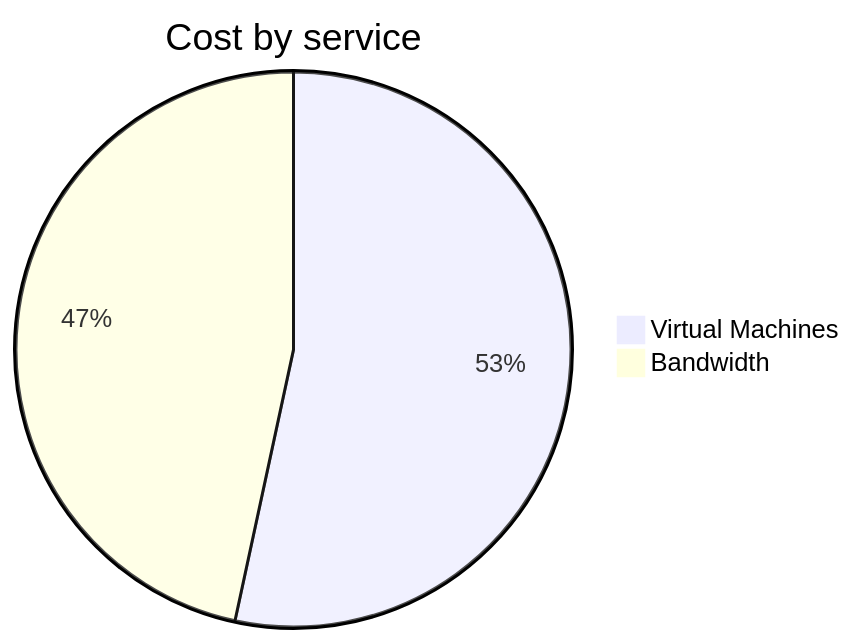
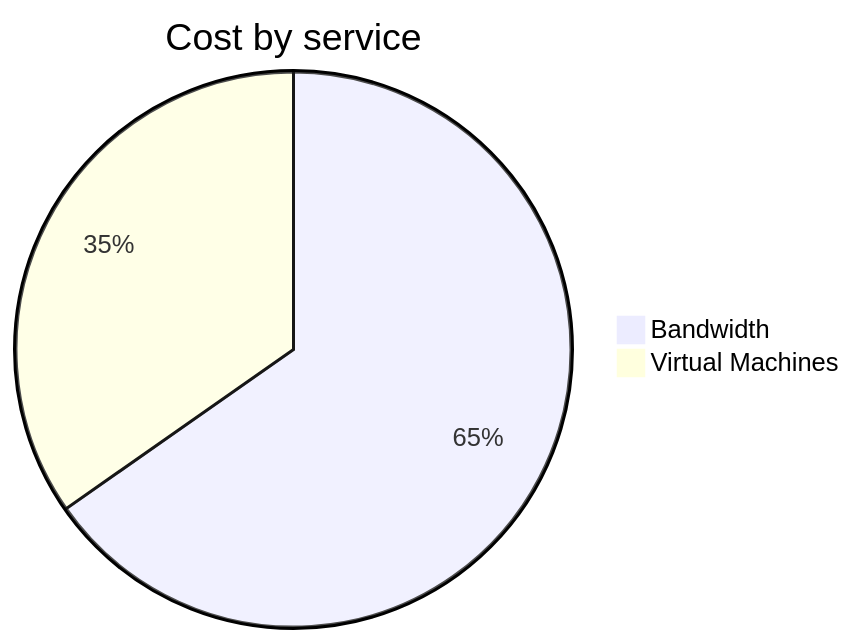
The second of 4 diagrams in cost-reports/personal-network/vpn-server.md (jpfulton/azure-personal-reports), drawn with Mermaid before and after one commit. The commit also changed other lines of this file and 8 other files, not shown here.

````diff
--- a/cost-reports/personal-network/vpn-server.md
+++ b/cost-reports/personal-network/vpn-server.md
@@ -96,6 +96,6 @@
 ```mermaid
 pie
    title Cost by service
-   "Virtual Machines" : 8.68
-   "Bandwidth" : 7.58
+   "Bandwidth" : 8.63
+   "Virtual Machines" : 4.59
 ```
````
